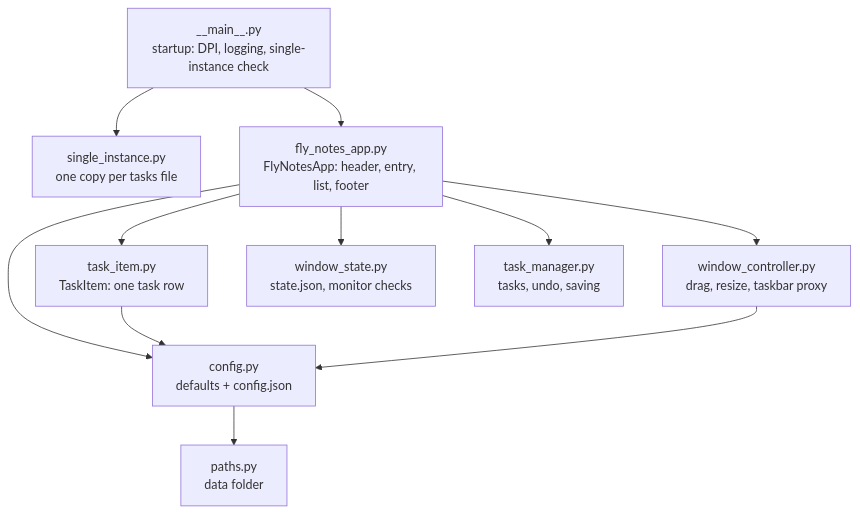
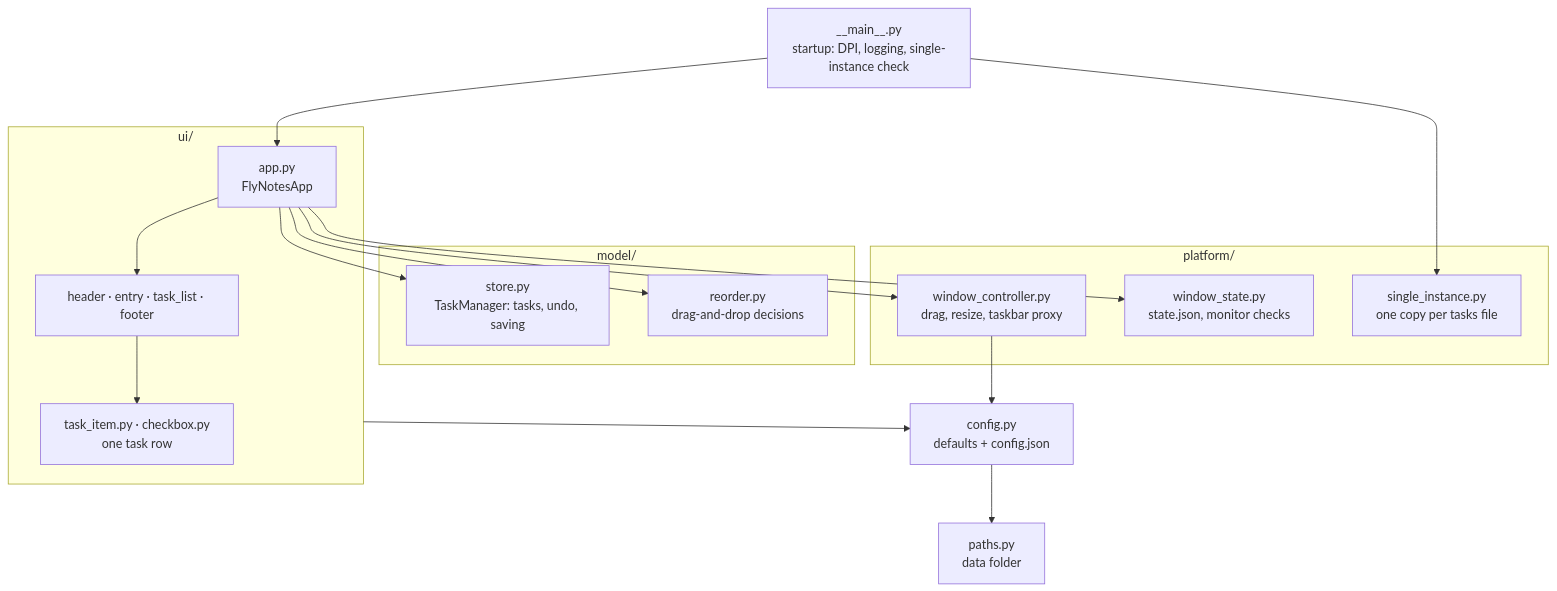
The second of 5 diagrams in README.md (dbarretol/fly-notes), drawn with Mermaid before and after one commit. The commit also changed other lines of this file and 1 other file, not shown here.

Commit message:
docs: document three-layer architecture reorganization
- Update CHANGELOG.md with unreleased changes section documenting the model/ui/platform layer split
- Revise architecture diagram to show three distinct layers: ui/ (window and widgets), model/ (tasks and undo), and platform/ (Windows-specific functionality)
- Reorganize directory structure documentation to reflect new module layout with subgroups
- Clarify that layer separation enables testing model and platform code without Tkinter
- Add reference link to issue #21 in CHANGELOG

````diff
--- a/README.md
+++ b/README.md
@@ -222,23 +225,36 @@
 ```mermaid
 flowchart TD
     main["__main__.py<br/>startup: DPI, logging, single-instance check"]
-    single["single_instance.py<br/>one copy per tasks file"]
-    app["fly_notes_app.py<br/>FlyNotesApp: header, entry, list, footer"]
-    item["task_item.py<br/>TaskItem: one task row"]
-    win["window_controller.py<br/>drag, resize, taskbar proxy"]
-    state["window_state.py<br/>state.json, monitor checks"]
-    manager["task_manager.py<br/>tasks, undo, saving"]
+
+    subgraph ui["ui/"]
+        app["app.py<br/>FlyNotesApp"]
+        widgets["header · entry · task_list · footer"]
+        item["task_item.py · checkbox.py<br/>one task row"]
+    end
+
+    subgraph model["model/"]
+        store["store.py<br/>TaskManager: tasks, undo, saving"]
+        reorder["reorder.py<br/>drag-and-drop decisions"]
+    end
+
+    subgraph platform["platform/"]
+        win["window_controller.py<br/>drag, resize, taskbar proxy"]
+        state["window_state.py<br/>state.json, monitor checks"]
+        single["single_instance.py<br/>one copy per tasks file"]
+    end
+
     config["config.py<br/>defaults + config.json"]
     paths["paths.py<br/>data folder"]
 
     main --> single
     main --> app
-    app --> item
+    app --> widgets
+    widgets --> item
+    app --> store
+    app --> reorder
     app --> win
     app --> state
-    app --> manager
-    app --> config
-    item --> config
+    ui --> config
     win --> config
     config --> paths
 ```
````
